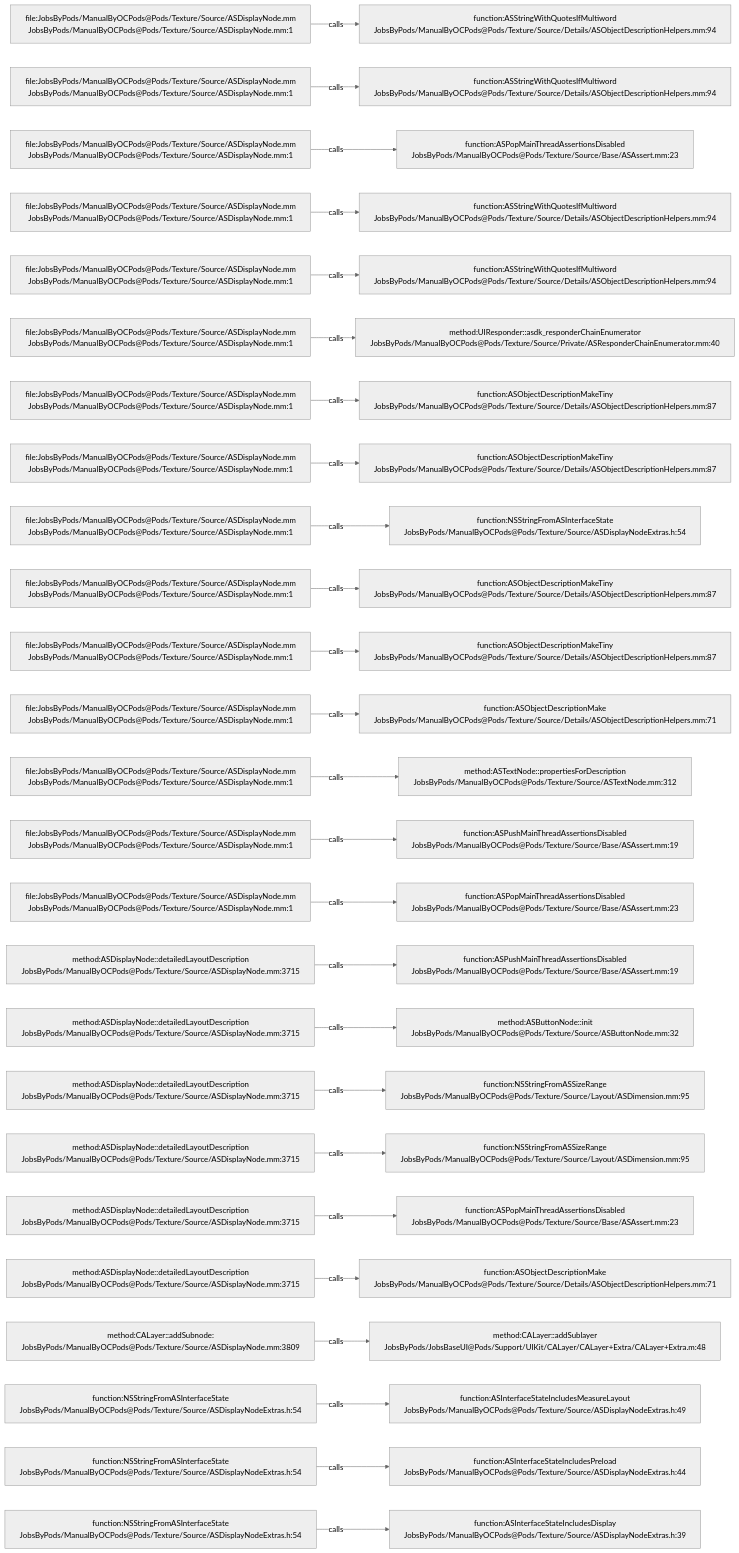
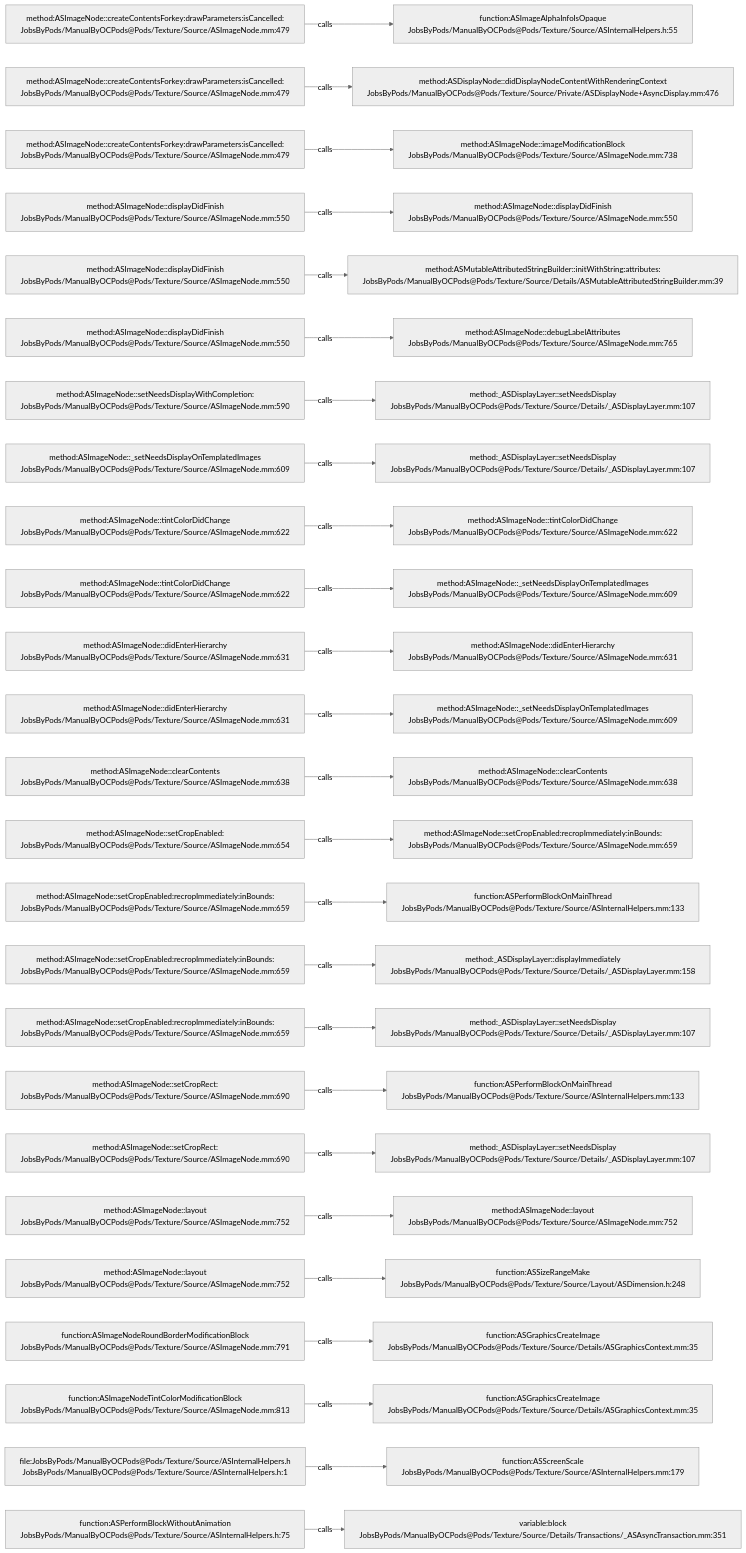
One commit to JobsKits/JobsOCBaseConfigDemo changed the diagram in .codegraph/codegraph.md/graphs/calls-112.md. Above: the diagram before and after it, drawn with Mermaid (neutral theme). The commit also changed 1223 other files, not shown here.

````diff
--- a/.codegraph/codegraph.md/graphs/calls-112.md
+++ b/.codegraph/codegraph.md/graphs/calls-112.md
@@ -13,78 +13,78 @@
 ```mermaid
 flowchart LR
-  S1["file:JobsByPods/ManualByOCPods@Pods/Texture/Source/ASDisplayNode.mm<br/>JobsByPods/ManualByOCPods@Pods/Texture/Source/ASDisplayNode.mm:1"]
-  T1["function:ASStringWithQuotesIfMultiword<br/>JobsByPods/ManualByOCPods@Pods/Texture/Source/Details/ASObjectDescriptionHelpers.mm:94"]
+  S1["method:ASImageNode::createContentsForkey:drawParameters:isCancelled:<br/>JobsByPods/ManualByOCPods@Pods/Texture/Source/ASImageNode.mm:479"]
+  T1["function:ASImageAlphaInfoIsOpaque<br/>JobsByPods/ManualByOCPods@Pods/Texture/Source/ASInternalHelpers.h:55"]
   S1 -->|calls| T1
-  S2["file:JobsByPods/ManualByOCPods@Pods/Texture/Source/ASDisplayNode.mm<br/>JobsByPods/ManualByOCPods@Pods/Texture/Source/ASDisplayNode.mm:1"]
-  T2["function:ASStringWithQuotesIfMultiword<br/>JobsByPods/ManualByOCPods@Pods/Texture/Source/Details/ASObjectDescriptionHelpers.mm:94"]
+  S2["method:ASImageNode::createContentsForkey:drawParameters:isCancelled:<br/>JobsByPods/ManualByOCPods@Pods/Texture/Source/ASImageNode.mm:479"]
+  T2["method:ASDisplayNode::didDisplayNodeContentWithRenderingContext<br/>JobsByPods/ManualByOCPods@Pods/Texture/Source/Private/ASDisplayNode+AsyncDisplay.mm:476"]
   S2 -->|calls| T2
-  S3["file:JobsByPods/ManualByOCPods@Pods/Texture/Source/ASDisplayNode.mm<br/>JobsByPods/ManualByOCPods@Pods/Texture/Source/ASDisplayNode.mm:1"]
-  T3["function:ASPopMainThreadAssertionsDisabled<br/>JobsByPods/ManualByOCPods@Pods/Texture/Source/Base/ASAssert.mm:23"]
+  S3["method:ASImageNode::createContentsForkey:drawParameters:isCancelled:<br/>JobsByPods/ManualByOCPods@Pods/Texture/Source/ASImageNode.mm:479"]
+  T3["method:ASImageNode::imageModificationBlock<br/>JobsByPods/ManualByOCPods@Pods/Texture/Source/ASImageNode.mm:738"]
   S3 -->|calls| T3
-  S4["file:JobsByPods/ManualByOCPods@Pods/Texture/Source/ASDisplayNode.mm<br/>JobsByPods/ManualByOCPods@Pods/Texture/Source/ASDisplayNode.mm:1"]
-  T4["function:ASStringWithQuotesIfMultiword<br/>JobsByPods/ManualByOCPods@Pods/Texture/Source/Details/ASObjectDescriptionHelpers.mm:94"]
+  S4["method:ASImageNode::displayDidFinish<br/>JobsByPods/ManualByOCPods@Pods/Texture/Source/ASImageNode.mm:550"]
+  T4["method:ASImageNode::displayDidFinish<br/>JobsByPods/ManualByOCPods@Pods/Texture/Source/ASImageNode.mm:550"]
   S4 -->|calls| T4
-  S5["file:JobsByPods/ManualByOCPods@Pods/Texture/Source/ASDisplayNode.mm<br/>JobsByPods/ManualByOCPods@Pods/Texture/Source/ASDisplayNode.mm:1"]
-  T5["function:ASStringWithQuotesIfMultiword<br/>JobsByPods/ManualByOCPods@Pods/Texture/Source/Details/ASObjectDescriptionHelpers.mm:94"]
+  S5["method:ASImageNode::displayDidFinish<br/>JobsByPods/ManualByOCPods@Pods/Texture/Source/ASImageNode.mm:550"]
+  T5["method:ASMutableAttributedStringBuilder::initWithString:attributes:<br/>JobsByPods/ManualByOCPods@Pods/Texture/Source/Details/ASMutableAttributedStringBuilder.mm:39"]
   S5 -->|calls| T5
-  S6["file:JobsByPods/ManualByOCPods@Pods/Texture/Source/ASDisplayNode.mm<br/>JobsByPods/ManualByOCPods@Pods/Texture/Source/ASDisplayNode.mm:1"]
-  T6["method:UIResponder::asdk_responderChainEnumerator<br/>JobsByPods/ManualByOCPods@Pods/Texture/Source/Private/ASResponderChainEnumerator.mm:40"]
+  S6["method:ASImageNode::displayDidFinish<br/>JobsByPods/ManualByOCPods@Pods/Texture/Source/ASImageNode.mm:550"]
+  T6["method:ASImageNode::debugLabelAttributes<br/>JobsByPods/ManualByOCPods@Pods/Texture/Source/ASImageNode.mm:765"]
   S6 -->|calls| T6
-  S7["file:JobsByPods/ManualByOCPods@Pods/Texture/Source/ASDisplayNode.mm<br/>JobsByPods/ManualByOCPods@Pods/Texture/Source/ASDisplayNode.mm:1"]
-  T7["function:ASObjectDescriptionMakeTiny<br/>JobsByPods/ManualByOCPods@Pods/Texture/Source/Details/ASObjectDescriptionHelpers.mm:87"]
+  S7["method:ASImageNode::setNeedsDisplayWithCompletion:<br/>JobsByPods/ManualByOCPods@Pods/Texture/Source/ASImageNode.mm:590"]
+  T7["method:_ASDisplayLayer::setNeedsDisplay<br/>JobsByPods/ManualByOCPods@Pods/Texture/Source/Details/_ASDisplayLayer.mm:107"]
   S7 -->|calls| T7
-  S8["file:JobsByPods/ManualByOCPods@Pods/Texture/Source/ASDisplayNode.mm<br/>JobsByPods/ManualByOCPods@Pods/Texture/Source/ASDisplayNode.mm:1"]
-  T8["function:ASObjectDescriptionMakeTiny<br/>JobsByPods/ManualByOCPods@Pods/Texture/Source/Details/ASObjectDescriptionHelpers.mm:87"]
+  S8["method:ASImageNode::_setNeedsDisplayOnTemplatedImages<br/>JobsByPods/ManualByOCPods@Pods/Texture/Source/ASImageNode.mm:609"]
+  T8["method:_ASDisplayLayer::setNeedsDisplay<br/>JobsByPods/ManualByOCPods@Pods/Texture/Source/Details/_ASDisplayLayer.mm:107"]
   S8 -->|calls| T8
-  S9["file:JobsByPods/ManualByOCPods@Pods/Texture/Source/ASDisplayNode.mm<br/>JobsByPods/ManualByOCPods@Pods/Texture/Source/ASDisplayNode.mm:1"]
-  T9["function:NSStringFromASInterfaceState<br/>JobsByPods/ManualByOCPods@Pods/Texture/Source/ASDisplayNodeExtras.h:54"]
+  S9["method:ASImageNode::tintColorDidChange<br/>JobsByPods/ManualByOCPods@Pods/Texture/Source/ASImageNode.mm:622"]
+  T9["method:ASImageNode::tintColorDidChange<br/>JobsByPods/ManualByOCPods@Pods/Texture/Source/ASImageNode.mm:622"]
   S9 -->|calls| T9
-  S10["file:JobsByPods/ManualByOCPods@Pods/Texture/Source/ASDisplayNode.mm<br/>JobsByPods/ManualByOCPods@Pods/Texture/Source/ASDisplayNode.mm:1"]
-  T10["function:ASObjectDescriptionMakeTiny<br/>JobsByPods/ManualByOCPods@Pods/Texture/Source/Details/ASObjectDescriptionHelpers.mm:87"]
+  S10["method:ASImageNode::tintColorDidChange<br/>JobsByPods/ManualByOCPods@Pods/Texture/Source/ASImageNode.mm:622"]
+  T10["method:ASImageNode::_setNeedsDisplayOnTemplatedImages<br/>JobsByPods/ManualByOCPods@Pods/Texture/Source/ASImageNode.mm:609"]
   S10 -->|calls| T10
-  S11["file:JobsByPods/ManualByOCPods@Pods/Texture/Source/ASDisplayNode.mm<br/>JobsByPods/ManualByOCPods@Pods/Texture/Source/ASDisplayNode.mm:1"]
-  T11["function:ASObjectDescriptionMakeTiny<br/>JobsByPods/ManualByOCPods@Pods/Texture/Source/Details/ASObjectDescriptionHelpers.mm:87"]
+  S11["method:ASImageNode::didEnterHierarchy<br/>JobsByPods/ManualByOCPods@Pods/Texture/Source/ASImageNode.mm:631"]
+  T11["method:ASImageNode::didEnterHierarchy<br/>JobsByPods/ManualByOCPods@Pods/Texture/Source/ASImageNode.mm:631"]
   S11 -->|calls| T11
-  S12["file:JobsByPods/ManualByOCPods@Pods/Texture/Source/ASDisplayNode.mm<br/>JobsByPods/ManualByOCPods@Pods/Texture/Source/ASDisplayNode.mm:1"]
-  T12["function:ASObjectDescriptionMake<br/>JobsByPods/ManualByOCPods@Pods/Texture/Source/Details/ASObjectDescriptionHelpers.mm:71"]
+  S12["method:ASImageNode::didEnterHierarchy<br/>JobsByPods/ManualByOCPods@Pods/Texture/Source/ASImageNode.mm:631"]
+  T12["method:ASImageNode::_setNeedsDisplayOnTemplatedImages<br/>JobsByPods/ManualByOCPods@Pods/Texture/Source/ASImageNode.mm:609"]
   S12 -->|calls| T12
-  S13["file:JobsByPods/ManualByOCPods@Pods/Texture/Source/ASDisplayNode.mm<br/>JobsByPods/ManualByOCPods@Pods/Texture/Source/ASDisplayNode.mm:1"]
-  T13["method:ASTextNode::propertiesForDescription<br/>JobsByPods/ManualByOCPods@Pods/Texture/Source/ASTextNode.mm:312"]
+  S13["method:ASImageNode::clearContents<br/>JobsByPods/ManualByOCPods@Pods/Texture/Source/ASImageNode.mm:638"]
+  T13["method:ASImageNode::clearContents<br/>JobsByPods/ManualByOCPods@Pods/Texture/Source/ASImageNode.mm:638"]
   S13 -->|calls| T13
-  S14["file:JobsByPods/ManualByOCPods@Pods/Texture/Source/ASDisplayNode.mm<br/>JobsByPods/ManualByOCPods@Pods/Texture/Source/ASDisplayNode.mm:1"]
-  T14["function:ASPushMainThreadAssertionsDisabled<br/>JobsByPods/ManualByOCPods@Pods/Texture/Source/Base/ASAssert.mm:19"]
+  S14["method:ASImageNode::setCropEnabled:<br/>JobsByPods/ManualByOCPods@Pods/Texture/Source/ASImageNode.mm:654"]
+  T14["method:ASImageNode::setCropEnabled:recropImmediately:inBounds:<br/>JobsByPods/ManualByOCPods@Pods/Texture/Source/ASImageNode.mm:659"]
   S14 -->|calls| T14
-  S15["file:JobsByPods/ManualByOCPods@Pods/Texture/Source/ASDisplayNode.mm<br/>JobsByPods/ManualByOCPods@Pods/Texture/Source/ASDisplayNode.mm:1"]
-  T15["function:ASPopMainThreadAssertionsDisabled<br/>JobsByPods/ManualByOCPods@Pods/Texture/Source/Base/ASAssert.mm:23"]
+  S15["method:ASImageNode::setCropEnabled:recropImmediately:inBounds:<br/>JobsByPods/ManualByOCPods@Pods/Texture/Source/ASImageNode.mm:659"]
+  T15["function:ASPerformBlockOnMainThread<br/>JobsByPods/ManualByOCPods@Pods/Texture/Source/ASInternalHelpers.mm:133"]
   S15 -->|calls| T15
-  S16["method:ASDisplayNode::detailedLayoutDescription<br/>JobsByPods/ManualByOCPods@Pods/Texture/Source/ASDisplayNode.mm:3715"]
-  T16["function:ASPushMainThreadAssertionsDisabled<br/>JobsByPods/ManualByOCPods@Pods/Texture/Source/Base/ASAssert.mm:19"]
+  S16["method:ASImageNode::setCropEnabled:recropImmediately:inBounds:<br/>JobsByPods/ManualByOCPods@Pods/Texture/Source/ASImageNode.mm:659"]
+  T16["method:_ASDisplayLayer::displayImmediately<br/>JobsByPods/ManualByOCPods@Pods/Texture/Source/Details/_ASDisplayLayer.mm:158"]
   S16 -->|calls| T16
-  S17["method:ASDisplayNode::detailedLayoutDescription<br/>JobsByPods/ManualByOCPods@Pods/Texture/Source/ASDisplayNode.mm:3715"]
-  T17["method:ASButtonNode::init<br/>JobsByPods/ManualByOCPods@Pods/Texture/Source/ASButtonNode.mm:32"]
+  S17["method:ASImageNode::setCropEnabled:recropImmediately:inBounds:<br/>JobsByPods/ManualByOCPods@Pods/Texture/Source/ASImageNode.mm:659"]
+  T17["method:_ASDisplayLayer::setNeedsDisplay<br/>JobsByPods/ManualByOCPods@Pods/Texture/Source/Details/_ASDisplayLayer.mm:107"]
   S17 -->|calls| T17
-  S18["method:ASDisplayNode::detailedLayoutDescription<br/>JobsByPods/ManualByOCPods@Pods/Texture/Source/ASDisplayNode.mm:3715"]
-  T18["function:NSStringFromASSizeRange<br/>JobsByPods/ManualByOCPods@Pods/Texture/Source/Layout/ASDimension.mm:95"]
+  S18["method:ASImageNode::setCropRect:<br/>JobsByPods/ManualByOCPods@Pods/Texture/Source/ASImageNode.mm:690"]
+  T18["function:ASPerformBlockOnMainThread<br/>JobsByPods/ManualByOCPods@Pods/Texture/Source/ASInternalHelpers.mm:133"]
   S18 -->|calls| T18
-  S19["method:ASDisplayNode::detailedLayoutDescription<br/>JobsByPods/ManualByOCPods@Pods/Texture/Source/ASDisplayNode.mm:3715"]
-  T19["function:NSStringFromASSizeRange<br/>JobsByPods/ManualByOCPods@Pods/Texture/Source/Layout/ASDimension.mm:95"]
+  S19["method:ASImageNode::setCropRect:<br/>JobsByPods/ManualByOCPods@Pods/Texture/Source/ASImageNode.mm:690"]
+  T19["method:_ASDisplayLayer::setNeedsDisplay<br/>JobsByPods/ManualByOCPods@Pods/Texture/Source/Details/_ASDisplayLayer.mm:107"]
   S19 -->|calls| T19
-  S20["method:ASDisplayNode::detailedLayoutDescription<br/>JobsByPods/ManualByOCPods@Pods/Texture/Source/ASDisplayNode.mm:3715"]
-  T20["function:ASPopMainThreadAssertionsDisabled<br/>JobsByPods/ManualByOCPods@Pods/Texture/Source/Base/ASAssert.mm:23"]
+  S20["method:ASImageNode::layout<br/>JobsByPods/ManualByOCPods@Pods/Texture/Source/ASImageNode.mm:752"]
+  T20["method:ASImageNode::layout<br/>JobsByPods/ManualByOCPods@Pods/Texture/Source/ASImageNode.mm:752"]
   S20 -->|calls| T20
-  S21["method:ASDisplayNode::detailedLayoutDescription<br/>JobsByPods/ManualByOCPods@Pods/Texture/Source/ASDisplayNode.mm:3715"]
-  T21["function:ASObjectDescriptionMake<br/>JobsByPods/ManualByOCPods@Pods/Texture/Source/Details/ASObjectDescriptionHelpers.mm:71"]
+  S21["method:ASImageNode::layout<br/>JobsByPods/ManualByOCPods@Pods/Texture/Source/ASImageNode.mm:752"]
+  T21["function:ASSizeRangeMake<br/>JobsByPods/ManualByOCPods@Pods/Texture/Source/Layout/ASDimension.h:248"]
   S21 -->|calls| T21
-  S22["method:CALayer::addSubnode:<br/>JobsByPods/ManualByOCPods@Pods/Texture/Source/ASDisplayNode.mm:3809"]
-  T22["method:CALayer::addSublayer<br/>JobsByPods/JobsBaseUI@Pods/Support/UIKit/CALayer/CALayer+Extra/CALayer+Extra.m:48"]
+  S22["function:ASImageNodeRoundBorderModificationBlock<br/>JobsByPods/ManualByOCPods@Pods/Texture/Source/ASImageNode.mm:791"]
+  T22["function:ASGraphicsCreateImage<br/>JobsByPods/ManualByOCPods@Pods/Texture/Source/Details/ASGraphicsContext.mm:35"]
   S22 -->|calls| T22
-  S23["function:NSStringFromASInterfaceState<br/>JobsByPods/ManualByOCPods@Pods/Texture/Source/ASDisplayNodeExtras.h:54"]
-  T23["function:ASInterfaceStateIncludesMeasureLayout<br/>JobsByPods/ManualByOCPods@Pods/Texture/Source/ASDisplayNodeExtras.h:49"]
+  S23["function:ASImageNodeTintColorModificationBlock<br/>JobsByPods/ManualByOCPods@Pods/Texture/Source/ASImageNode.mm:813"]
+  T23["function:ASGraphicsCreateImage<br/>JobsByPods/ManualByOCPods@Pods/Texture/Source/Details/ASGraphicsContext.mm:35"]
   S23 -->|calls| T23
-  S24["function:NSStringFromASInterfaceState<br/>JobsByPods/ManualByOCPods@Pods/Texture/Source/ASDisplayNodeExtras.h:54"]
-  T24["function:ASInterfaceStateIncludesPreload<br/>JobsByPods/ManualByOCPods@Pods/Texture/Source/ASDisplayNodeExtras.h:44"]
+  S24["file:JobsByPods/ManualByOCPods@Pods/Texture/Source/ASInternalHelpers.h<br/>JobsByPods/ManualByOCPods@Pods/Texture/Source/ASInternalHelpers.h:1"]
+  T24["function:ASScreenScale<br/>JobsByPods/ManualByOCPods@Pods/Texture/Source/ASInternalHelpers.mm:179"]
   S24 -->|calls| T24
-  S25["function:NSStringFromASInterfaceState<br/>JobsByPods/ManualByOCPods@Pods/Texture/Source/ASDisplayNodeExtras.h:54"]
-  T25["function:ASInterfaceStateIncludesDisplay<br/>JobsByPods/ManualByOCPods@Pods/Texture/Source/ASDisplayNodeExtras.h:39"]
+  S25["function:ASPerformBlockWithoutAnimation<br/>JobsByPods/ManualByOCPods@Pods/Texture/Source/ASInternalHelpers.h:75"]
+  T25["variable:block<br/>JobsByPods/ManualByOCPods@Pods/Texture/Source/Details/Transactions/_ASAsyncTransaction.mm:351"]
   S25 -->|calls| T25
 ```
````
